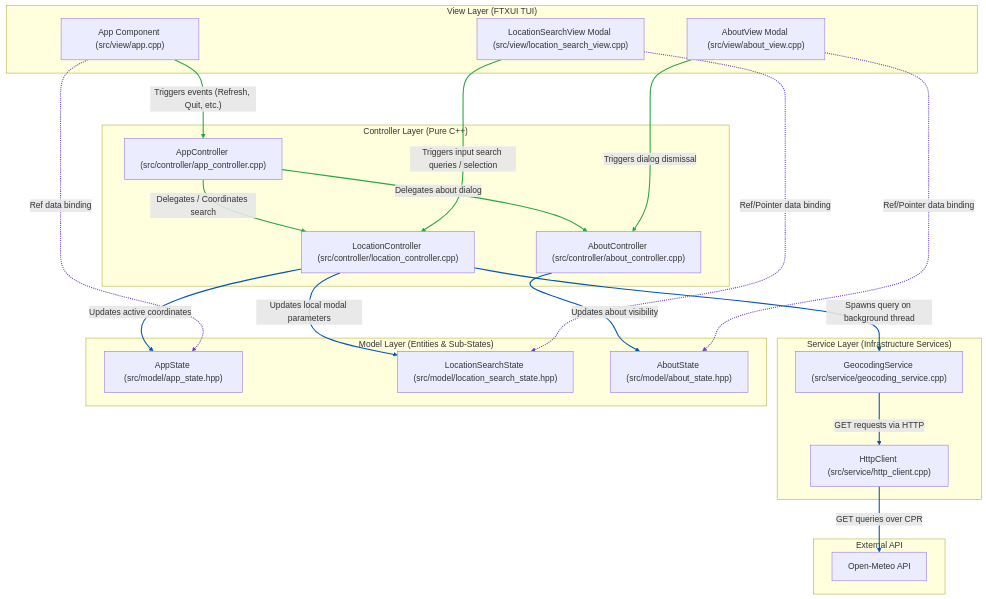
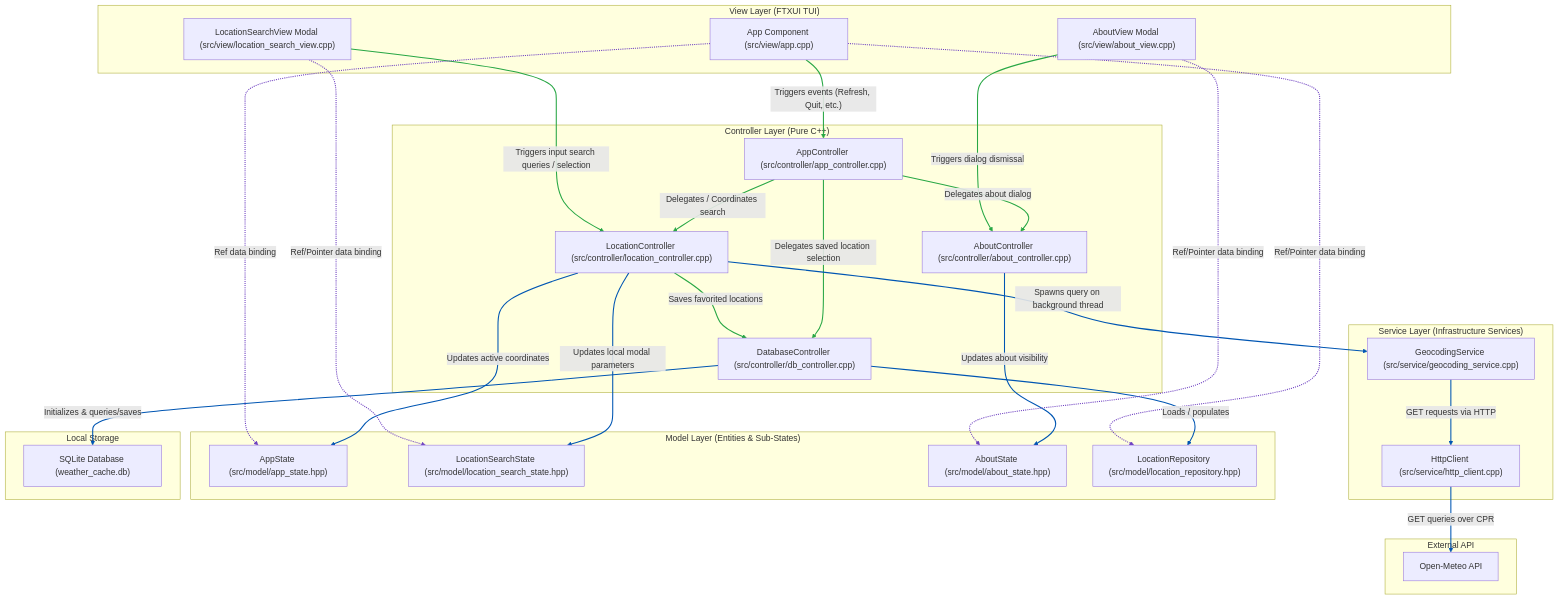
Before and after one commit to MallocNexus/weather_cli: the first of 3 diagrams in docs/separation-of-concerns.md, drawn with Mermaid. The commit also changed other lines of this file and 22 other files, not shown here.

````diff
--- a/docs/separation-of-concerns.md
+++ b/docs/separation-of-concerns.md
@@ -11,57 +11,68 @@
 ```mermaid
 graph TD
     %% Layers Definition
     subgraph View ["View Layer (FTXUI TUI)"]
         App["App Component (src/view/app.cpp)"]
         LocView["LocationSearchView Modal (src/view/location_search_view.cpp)"]
         AboutView["AboutView Modal (src/view/about_view.cpp)"]
     end
 
     subgraph Controller ["Controller Layer (Pure C++)"]
         AppCtrl["AppController (src/controller/app_controller.cpp)"]
         LocCtrl["LocationController (src/controller/location_controller.cpp)"]
         AboutCtrl["AboutController (src/controller/about_controller.cpp)"]
+        DbCtrl["DatabaseController (src/controller/db_controller.cpp)"]
     end
 
     subgraph Service ["Service Layer (Infrastructure Services)"]
         Geocoding["GeocodingService (src/service/geocoding_service.cpp)"]
         Http["HttpClient (src/service/http_client.cpp)"]
     end
 
     subgraph Model ["Model Layer (Entities & Sub-States)"]
         State["AppState (src/model/app_state.hpp)"]
         SearchState["LocationSearchState (src/model/location_search_state.hpp)"]
         AboutState["AboutState (src/model/about_state.hpp)"]
+        Repo["LocationRepository (src/model/location_repository.hpp)"]
+    end
+
+    subgraph Storage ["Local Storage"]
+        Sqlite["SQLite Database (weather_cache.db)"]
     end
 
     subgraph External ["External API"]
         OpenMeteo["Open-Meteo API"]
     end
 
     %% Interactions
     App -->|"Triggers events (Refresh, Quit, etc.)"| AppCtrl
     AppCtrl -->|"Delegates / Coordinates search"| LocCtrl
     AppCtrl -->|"Delegates about dialog"| AboutCtrl
+    AppCtrl -->|"Delegates saved location selection"| DbCtrl
     LocView -->|"Triggers input search queries / selection"| LocCtrl
     AboutView -->|"Triggers dialog dismissal"| AboutCtrl
+    LocCtrl -->|"Saves favorited locations"| DbCtrl
     LocCtrl -->|"Updates active coordinates"| State
     LocCtrl -->|"Updates local modal parameters"| SearchState
     AboutCtrl -->|"Updates about visibility"| AboutState
     LocCtrl -->|"Spawns query on background thread"| Geocoding
     Geocoding -->|"GET requests via HTTP"| Http
     Http -->|"GET queries over CPR"| OpenMeteo
+    DbCtrl -->|"Initializes & queries/saves"| Sqlite
+    DbCtrl -->|"Loads / populates"| Repo
 
     %% Data Binding (Reversed to match strict UML dependency direction)
     App -.->|"Ref data binding"| State
     LocView -.->|"Ref/Pointer data binding"| SearchState
     AboutView -.->|"Ref/Pointer data binding"| AboutState
+    App -.->|"Ref/Pointer data binding"| Repo
 
     %% Style Event Arrows Green
-    linkStyle 0,1,2,3,4 stroke:#28a745,stroke-width:2px;
+    linkStyle 0,1,2,3,4,5,6 stroke:#28a745,stroke-width:2px;
 
     %% Style All Other Flow Lines Darker Blue
-    linkStyle 5,6,7,8,9,10 stroke:#0056b3,stroke-width:2px;
+    linkStyle 7,8,9,10,11,12,13,14 stroke:#0056b3,stroke-width:2px;
 
     %% Style Data Binding Arrows Purple
-    linkStyle 11,12,13 stroke:#6f42c1,stroke-width:2px;
+    linkStyle 15,16,17,18 stroke:#6f42c1,stroke-width:2px;
 ```
````
